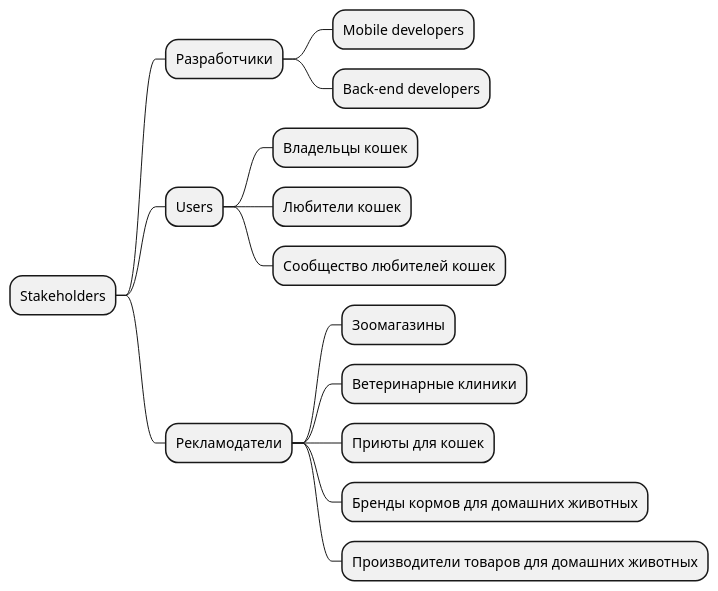
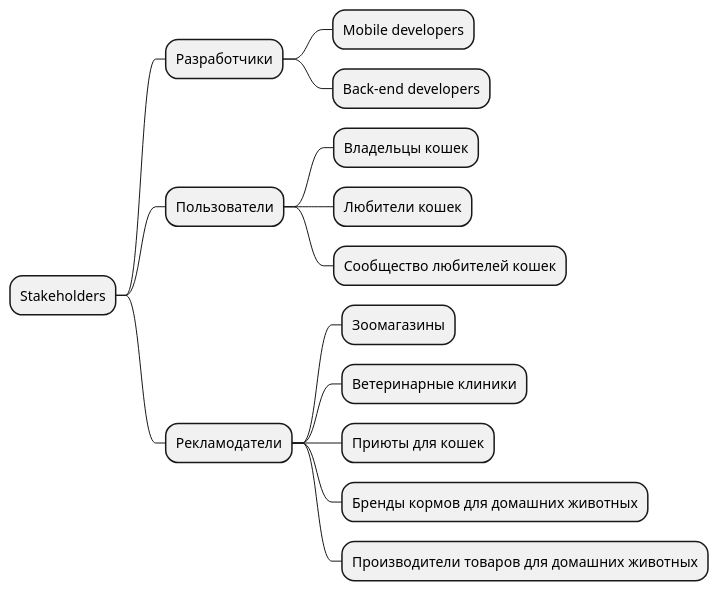
Before and after one commit to nikitcat/requirements.github.io: the diagram in src/docs/asciidoc/stakeholders_mmap.puml, drawn with PlantUML.

Commit message:
Исправлен mindmap

```diff
--- a/src/docs/asciidoc/stakeholders_mmap.puml
+++ b/src/docs/asciidoc/stakeholders_mmap.puml
@@ -1,31 +1,31 @@
 @startmindmap
 
 * Stakeholders
 
 ** Разработчики
 
 *** Mobile developers
 
 *** Back-end developers
 
-** Users
+** Пользователи
 
 *** Владельцы кошек
 
 *** Любители кошек
 
 *** Сообщество любителей кошек
 
 ** Рекламодатели
 
 *** Зоомагазины
 
 *** Ветеринарные клиники
 
 *** Приюты для кошек
 
 *** Бренды кормов для домашних животных
 
 *** Производители товаров для домашних животных
 
 @endmindmap
```
